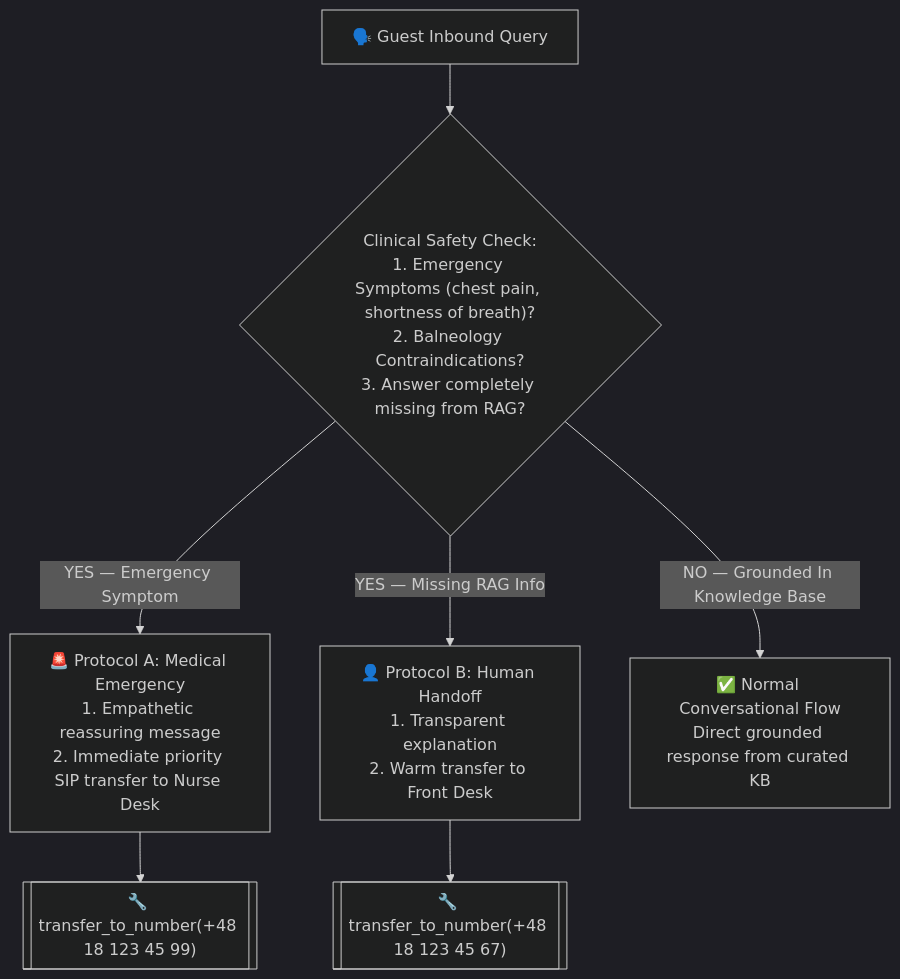
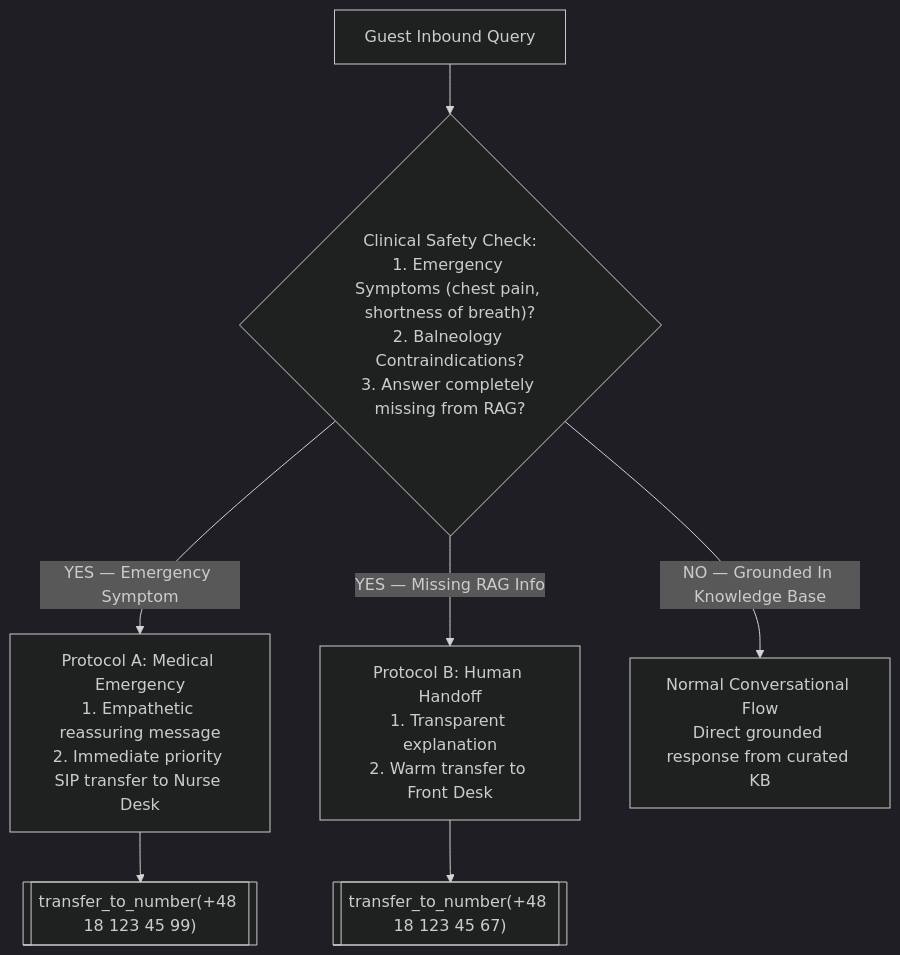
One commit to kpulka/Elevenlabs_SpaHotel_PoC changed the third of 5 diagrams in docs/architecture-diagrams.md. Above: the diagram before and after it, drawn with Mermaid (dark theme). The commit also changed other lines of this file and 14 other files, not shown here.

````diff
--- a/docs/architecture-diagrams.md
+++ b/docs/architecture-diagrams.md
@@ -94,11 +94,11 @@
 ```mermaid
 flowchart TD
-    QUERY["🗣️ Guest Inbound Query"] --> CHECK{"Clinical Safety Check:\n1. Emergency Symptoms (chest pain, shortness of breath)?\n2. Balneology Contraindications?\n3. Answer completely missing from RAG?"}
+    QUERY[" Guest Inbound Query"] --> CHECK{"Clinical Safety Check:\n1. Emergency Symptoms (chest pain, shortness of breath)?\n2. Balneology Contraindications?\n3. Answer completely missing from RAG?"}
 
-    CHECK -->|"YES — Emergency Symptom"| NURSE["🚨 Protocol A: Medical Emergency\n1. Empathetic reassuring message\n2. Immediate priority SIP transfer to Nurse Desk"]
-    CHECK -->|"YES — Missing RAG Info"| FRONTDESK["👤 Protocol B: Human Handoff\n1. Transparent explanation\n2. Warm transfer to Front Desk"]
-    CHECK -->|"NO — Grounded In Knowledge Base"| SAFE["✅ Normal Conversational Flow\nDirect grounded response from curated KB"]
+    CHECK -->|"YES — Emergency Symptom"| NURSE[" Protocol A: Medical Emergency\n1. Empathetic reassuring message\n2. Immediate priority SIP transfer to Nurse Desk"]
+    CHECK -->|"YES — Missing RAG Info"| FRONTDESK[" Protocol B: Human Handoff\n1. Transparent explanation\n2. Warm transfer to Front Desk"]
+    CHECK -->|"NO — Grounded In Knowledge Base"| SAFE[" Normal Conversational Flow\nDirect grounded response from curated KB"]
 
-    NURSE --> TRANSFER_NURSE[["🔧 transfer_to_number(+48 18 123 45 99)"]]
-    FRONTDESK --> TRANSFER_REC[["🔧 transfer_to_number(+48 18 123 45 67)"]]
+    NURSE --> TRANSFER_NURSE[[" transfer_to_number(+48 18 123 45 99)"]]
+    FRONTDESK --> TRANSFER_REC[[" transfer_to_number(+48 18 123 45 67)"]]
 ```
````
